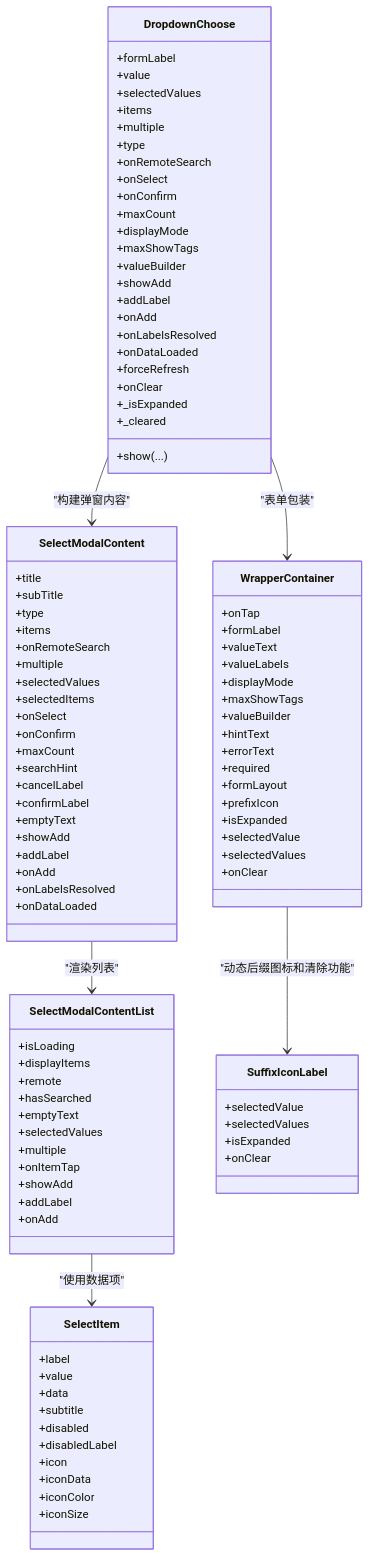
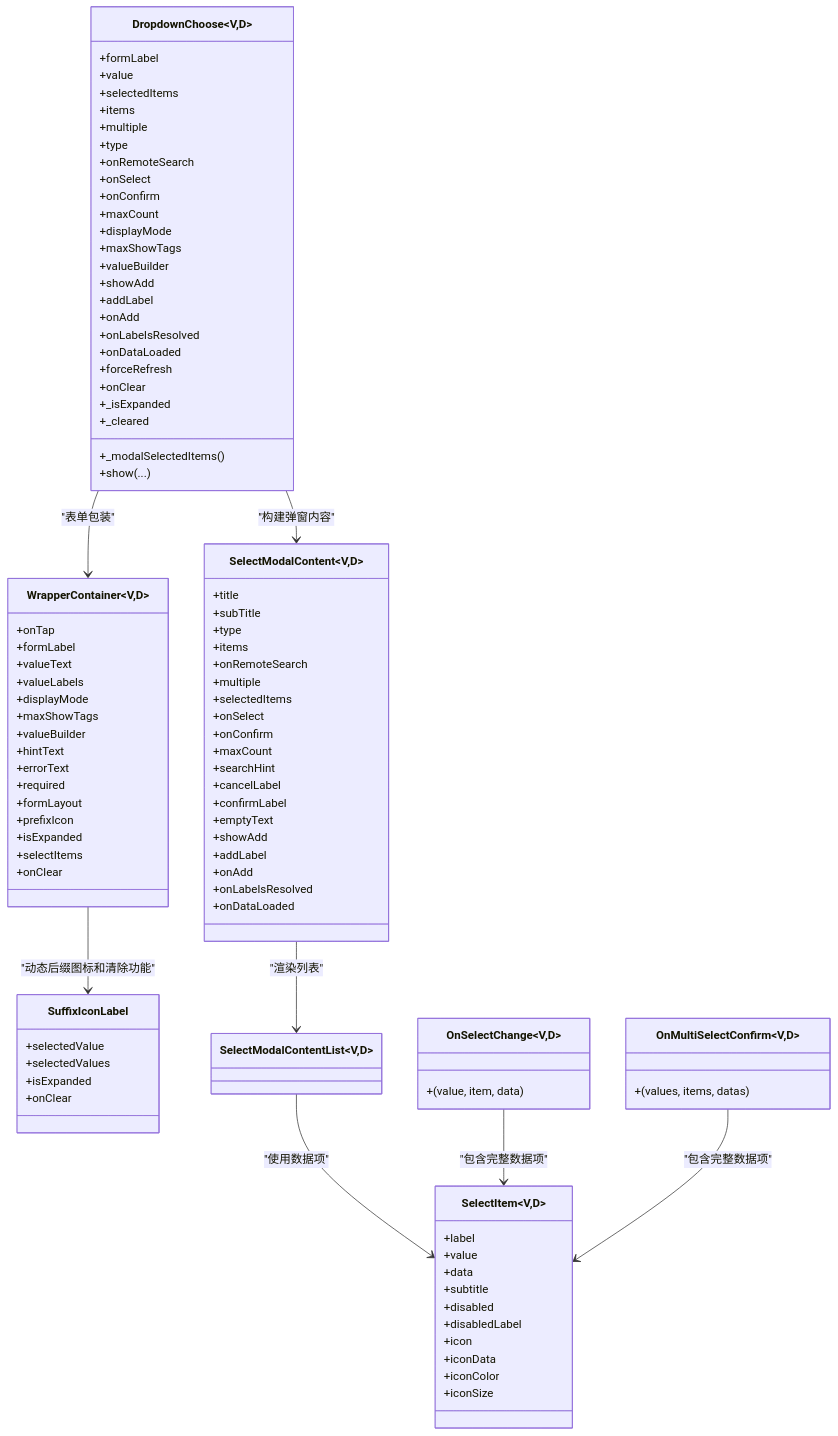
One commit to yuzhido/lite-ui changed the third of 3 diagrams in .qoder/repowiki/zh/content/API 参考/高级组件 API/DropdownChoose 下拉选择器 API.md. Above: the diagram before and after it, drawn with Mermaid. The commit also changed other lines of this file and 44 other files, not shown here.

````diff
--- a/.qoder/repowiki/zh/content/API 参考/高级组件 API/DropdownChoose 下拉选择器 API.md
+++ b/.qoder/repowiki/zh/content/API 参考/高级组件 API/DropdownChoose 下拉选择器 API.md
@@ -332,9 +309,9 @@
 ```mermaid
 classDiagram
-class DropdownChoose {
+class DropdownChoose~V,D~ {
 +formLabel
 +value
-+selectedValues
++selectedItems
 +items
 +multiple
 +type
@@ -354,16 +331,16 @@
 +onClear
 +_isExpanded
 +_cleared
++_modalSelectedItems()
 +show(...)
 }
-class SelectModalContent {
+class SelectModalContent~V,D~ {
 +title
 +subTitle
 +type
 +items
 +onRemoteSearch
 +multiple
-+selectedValues
 +selectedItems
 +onSelect
 +onConfirm
@@ -378,20 +355,7 @@
 +onLabelsResolved
 +onDataLoaded
 }
-class SelectModalContentList {
-+isLoading
-+displayItems
-+remote
-+hasSearched
-+emptyText
-+selectedValues
-+multiple
-+onItemTap
-+showAdd
-+addLabel
-+onAdd
-}
-class WrapperContainer {
+class WrapperContainer~V,D~ {
 +onTap
 +formLabel
 +valueText
@@ -405,8 +369,7 @@
 +formLayout
 +prefixIcon
 +isExpanded
-+selectedValue
-+selectedValues
++selectItems
 +onClear
 }
 class SuffixIconLabel {
@@ -415,7 +378,7 @@
 +isExpanded
 +onClear
 }
-class SelectItem {
+class SelectItem~V,D~ {
 +label
 +value
 +data
@@ -427,9 +390,17 @@
 +iconColor
 +iconSize
 }
-DropdownChoose --> SelectModalContent : "构建弹窗内容"
-SelectModalContent --> SelectModalContentList : "渲染列表"
-DropdownChoose --> WrapperContainer : "表单包装"
-WrapperContainer --> SuffixIconLabel : "动态后缀图标和清除功能"
-SelectModalContentList --> SelectItem : "使用数据项"
+class OnSelectChange~V,D~ {
++(value, item, data)
+}
+class OnMultiSelectConfirm~V,D~ {
++(values, items, datas)
+}
+DropdownChoose~V,D~ --> SelectModalContent~V,D~ : "构建弹窗内容"
+SelectModalContent~V,D~ --> SelectModalContentList~V,D~ : "渲染列表"
+DropdownChoose~V,D~ --> WrapperContainer~V,D~ : "表单包装"
+WrapperContainer~V,D~ --> SuffixIconLabel : "动态后缀图标和清除功能"
+SelectModalContentList~V,D~ --> SelectItem~V,D~ : "使用数据项"
+OnSelectChange~V,D~ --> SelectItem~V,D~ : "包含完整数据项"
+OnMultiSelectConfirm~V,D~ --> SelectItem~V,D~ : "包含完整数据项"
 ```
````
